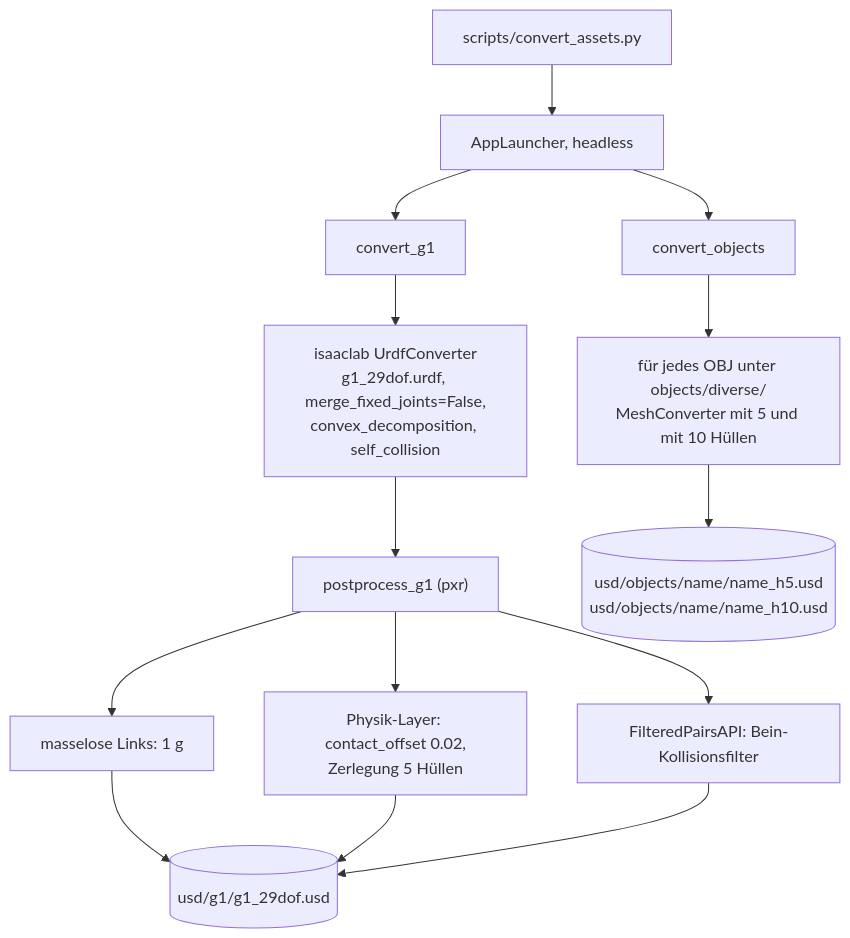
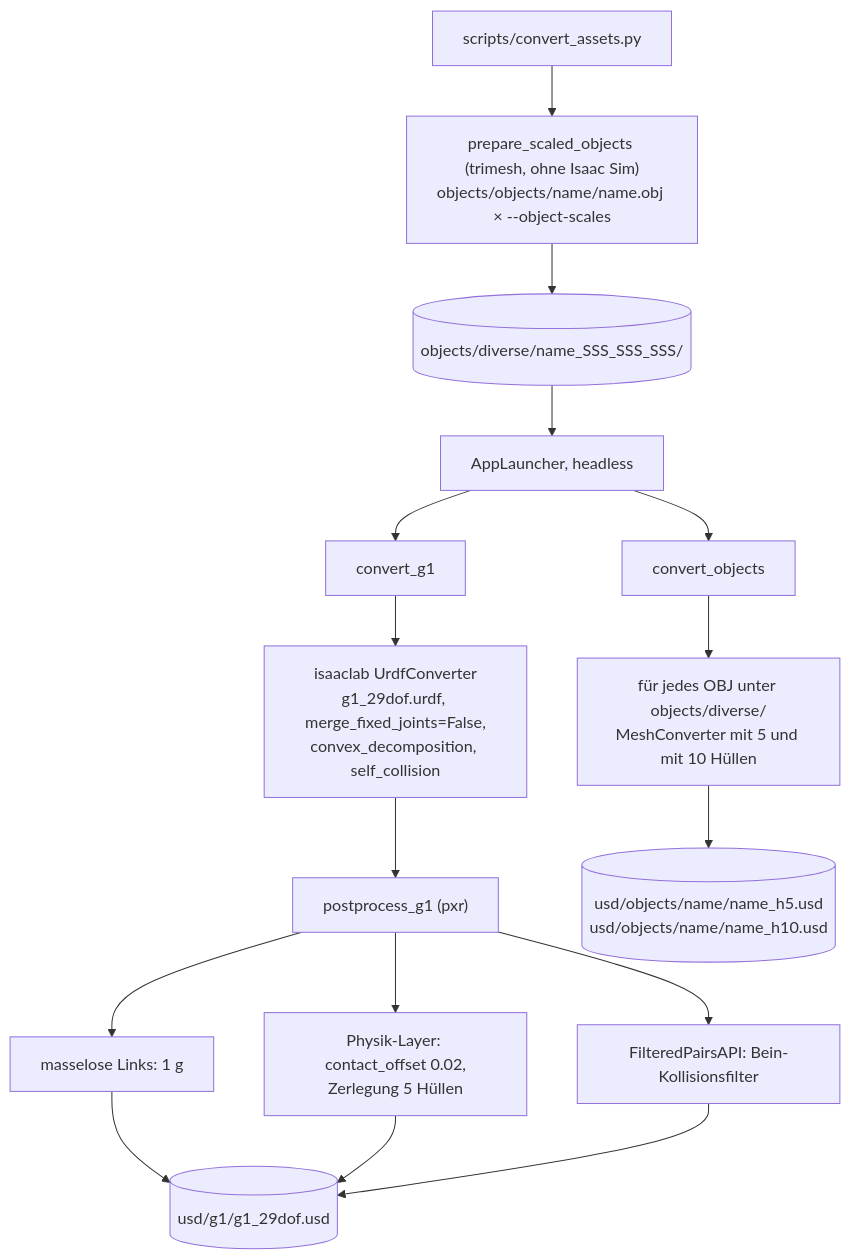
One commit to loewe024/ULTRA changed the sixth of 12 diagrams in docs/PIPELINE_ABLAUF.md. Above: the diagram before and after it, drawn with Mermaid. The commit also changed other lines of this file and 41 other files, not shown here.

````diff
--- a/docs/PIPELINE_ABLAUF.md
+++ b/docs/PIPELINE_ABLAUF.md
@@ -257,16 +257,18 @@
 ```mermaid
 flowchart TD
     s["scripts/convert_assets.py"]
-    s --> al["AppLauncher, headless"]
+    s --> ps["prepare_scaled_objects (trimesh, ohne Isaac Sim)<br/>objects/objects/name/name.obj × --object-scales"]
+    ps --> dv[("objects/diverse/name_SSS_SSS_SSS/")]
+    dv --> al["AppLauncher, headless"]
     al --> g["convert_g1"]
     g --> uc["isaaclab UrdfConverter<br/>g1_29dof.urdf, merge_fixed_joints=False,<br/>convex_decomposition, self_collision"]
     uc --> pp["postprocess_g1 (pxr)"]
     pp --> pp1["masselose Links: 1 g"]
     pp --> pp2["Physik-Layer: contact_offset 0.02,<br/>Zerlegung 5 Hüllen"]
     pp --> pp3["FilteredPairsAPI: Bein-Kollisionsfilter"]
     pp1 & pp2 & pp3 --> gu[("usd/g1/g1_29dof.usd")]
 
     al --> o["convert_objects"]
     o --> mc["für jedes OBJ unter objects/diverse/<br/>MeshConverter mit 5 und mit 10 Hüllen"]
     mc --> ou[("usd/objects/name/name_h5.usd<br/>usd/objects/name/name_h10.usd")]
 ```
````
